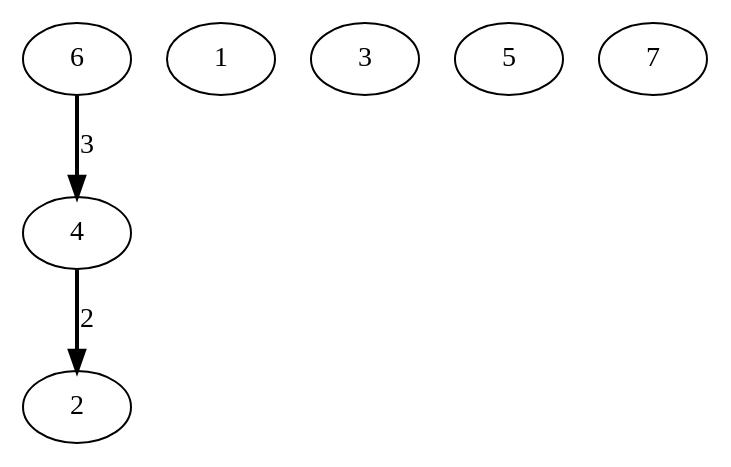
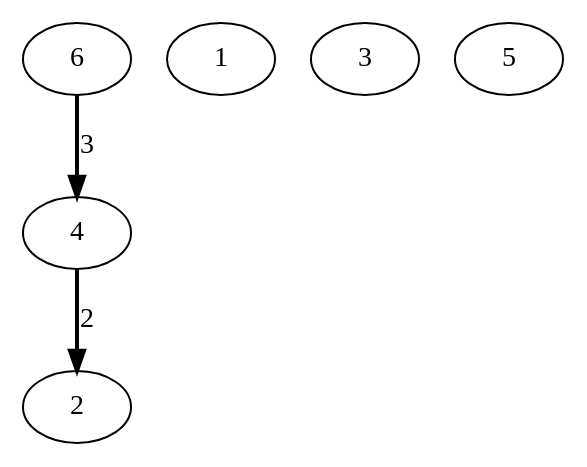
One commit to Musab1Blaser/DynamicTrees_NF changed the diagram in combined_graph.dot. Above: the diagram before and after it, drawn with Graphviz. The commit also changed 3 other files, not shown here.

Commit message:
flow algo modified

```diff
--- a/combined_graph.dot
+++ b/combined_graph.dot
@@ -1,11 +1,10 @@
 digraph G {
 6 -> 4 [style=bold, label=3];
 4 -> 2 [style=bold, label=2];
 1; 
 2; 
 3; 
 4; 
 5; 
 6; 
-7; 
 }
```
